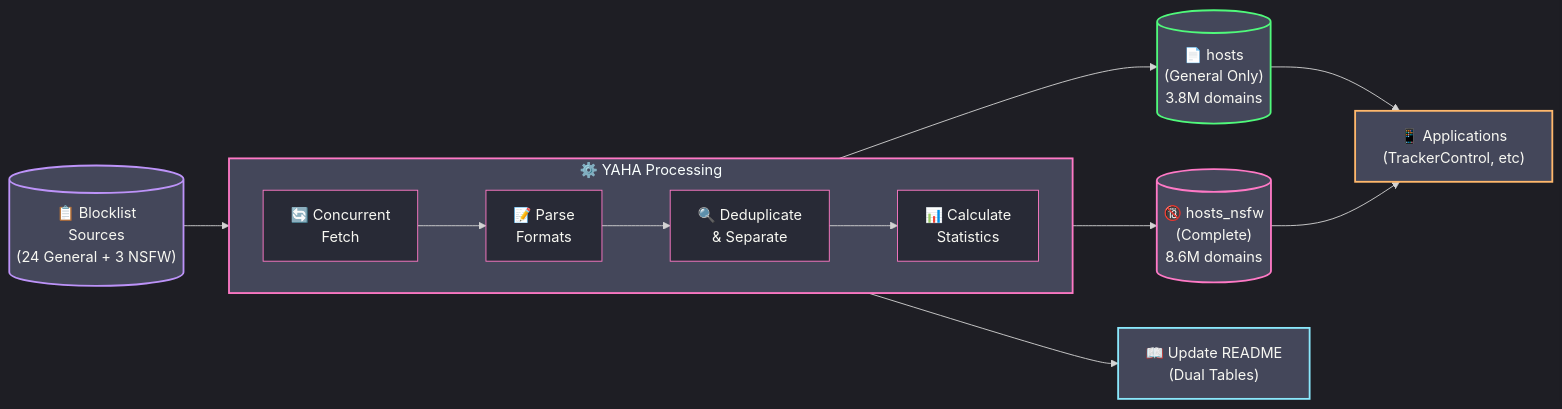
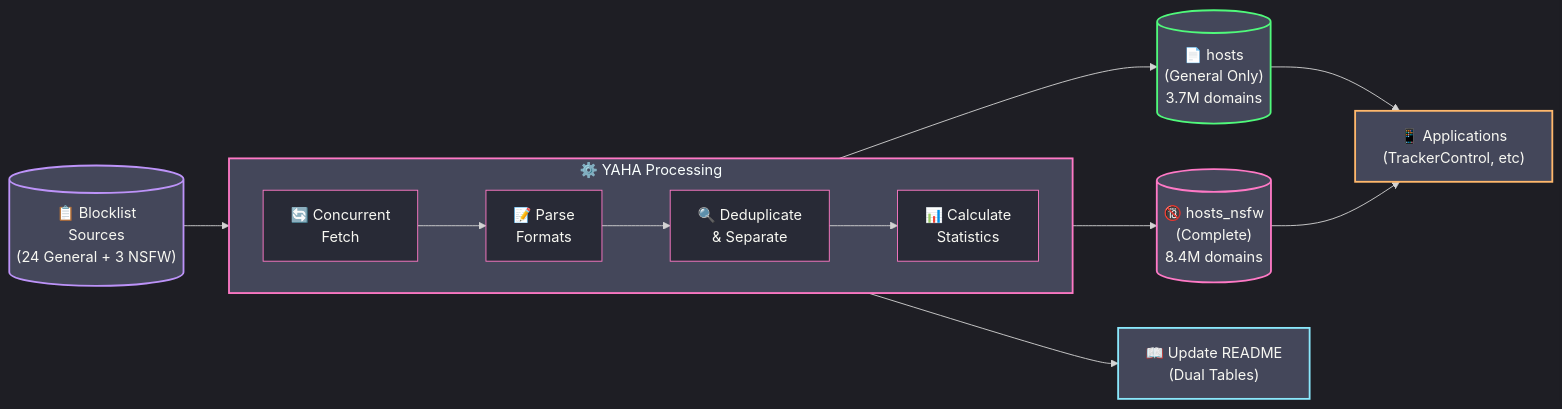
Before and after one commit to scottdraper8/yaha: the diagram in README.md, drawn with Mermaid. The commit also changed other lines of this file, not shown here.

Commit message:
Update blocklist stats: 3725579 general / 8360248 with NSFW [automated]

````diff
--- a/README.md
+++ b/README.md
@@ -42,35 +42,35 @@
 ```mermaid
 %%{init: {'theme': 'dark', 'themeVariables': {
     'primaryColor': '#ff79c6',
     'secondaryColor': '#bd93f9',
     'tertiaryColor': '#44475a',
     'mainBkg': '#282a36',
     'nodeBorder': '#ff79c6',
     'clusterBkg': '#44475a',
     'clusterBorder': '#bd93f9',
     'textColor': '#f8f8f2'
 }}}%%
 flowchart LR
     Sources[("📋 Blocklist<br/>Sources<br/>(24 General + 3 NSFW)")] --> Fetch
 
     subgraph Process["⚙️ YAHA Processing"]
         direction LR
         Fetch["🔄 Concurrent<br/>Fetch"] --> Parse["📝 Parse<br/>Formats"]
         Parse --> Dedupe["🔍 Deduplicate<br/>& Separate"]
         Dedupe --> Stats["📊 Calculate<br/>Statistics"]
     end
 
-    Stats --> Output1[("📄 hosts<br/>(General Only)<br/>3.8M domains")]
-    Stats --> Output2[("🔞 hosts_nsfw<br/>(Complete)<br/>8.6M domains")]
+    Stats --> Output1[("📄 hosts<br/>(General Only)<br/>3.7M domains")]
+    Stats --> Output2[("🔞 hosts_nsfw<br/>(Complete)<br/>8.4M domains")]
     Stats --> README["📖 Update README<br/>(Dual Tables)"]
 
     Output1 --> Apps["📱 Applications<br/>(TrackerControl, etc)"]
     Output2 --> Apps
 
     style Sources fill:#44475a,stroke:#bd93f9,stroke-width:2px
     style Process fill:#44475a,stroke:#ff79c6,stroke-width:2px
     style Output1 fill:#44475a,stroke:#50fa7b,stroke-width:2px
     style Output2 fill:#44475a,stroke:#ff79c6,stroke-width:2px
     style README fill:#44475a,stroke:#8be9fd,stroke-width:2px
     style Apps fill:#44475a,stroke:#ffb86c,stroke-width:2px
 ```
````
